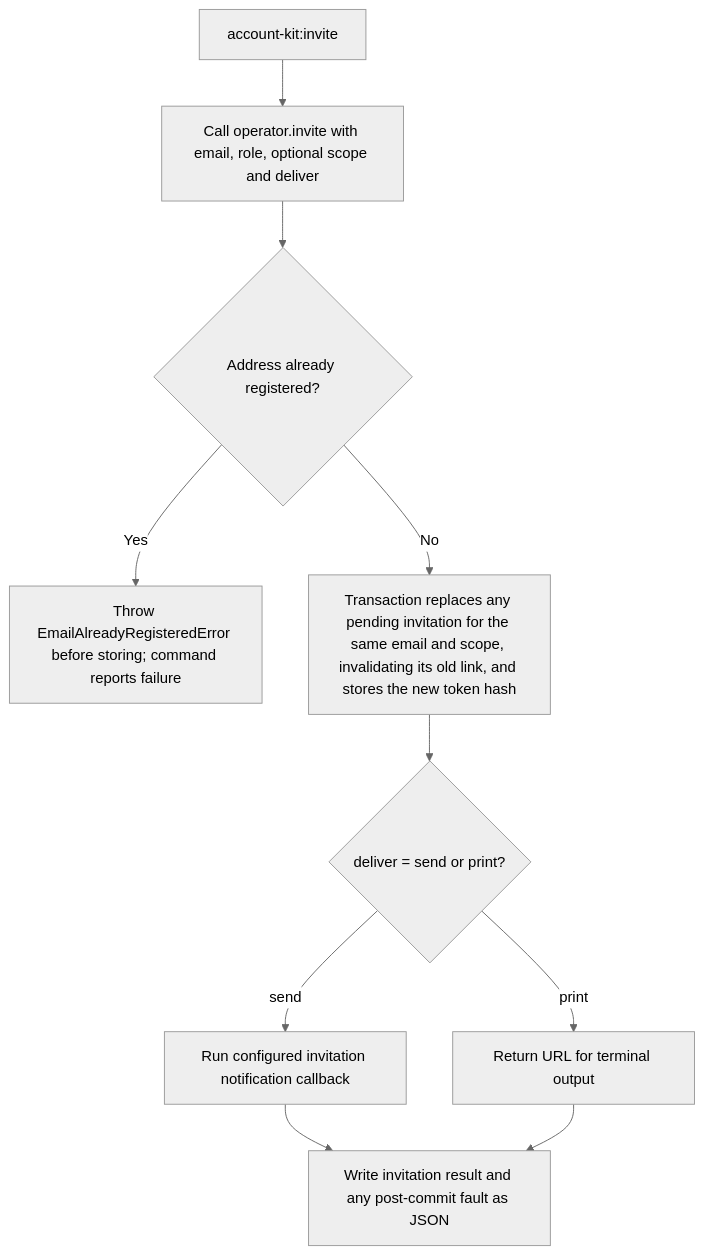
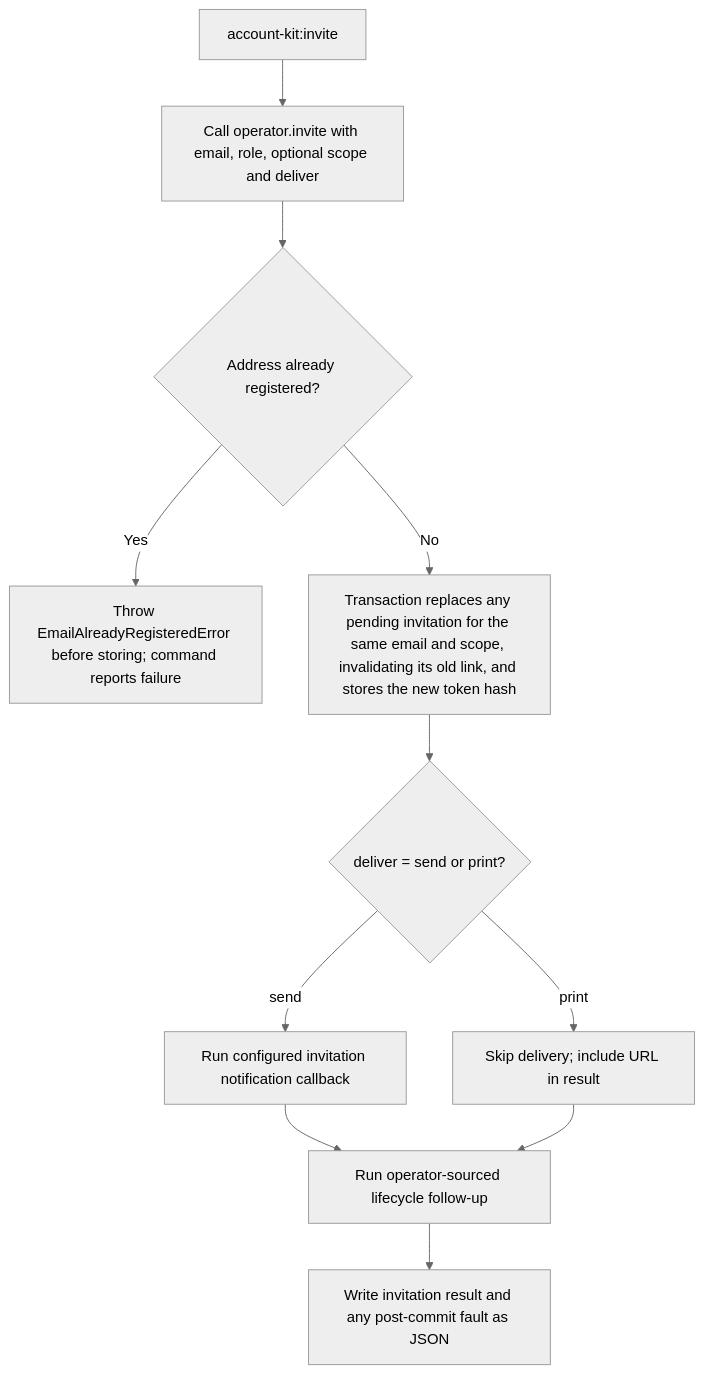
One commit to Kevinjohn/oss-adonisjs-account-kit changed the second of 2 diagrams in user-stories/US-ACCOUNT-36-use-operator-account-commands.md. Above: the diagram before and after it, drawn with Mermaid (neutral theme). The commit also changed 43 other files, not shown here.

````diff
--- a/user-stories/US-ACCOUNT-36-use-operator-account-commands.md
+++ b/user-stories/US-ACCOUNT-36-use-operator-account-commands.md
@@ -36,12 +36,13 @@
 ```mermaid
 flowchart TD
  A["account-kit:invite"] --> B["Call operator.invite with email, role, optional scope and deliver"]
  B --> B1{"Address already registered?"}
  B1 -->|Yes| B2["Throw EmailAlreadyRegisteredError before storing; command reports failure"]
  B1 -->|No| C["Transaction replaces any pending invitation for the same email and scope, invalidating its old link, and stores the new token hash"]
  C --> D{"deliver = send or print?"}
  D -->|send| E["Run configured invitation notification callback"]
- D -->|print| F["Return URL for terminal output"]
- E --> G["Write invitation result and any post-commit fault as JSON"]
- F --> G
+ D -->|print| F["Skip delivery; include URL in result"]
+ E --> H["Run operator-sourced lifecycle follow-up"]
+ F --> H
+ H --> G["Write invitation result and any post-commit fault as JSON"]
 ```
````
